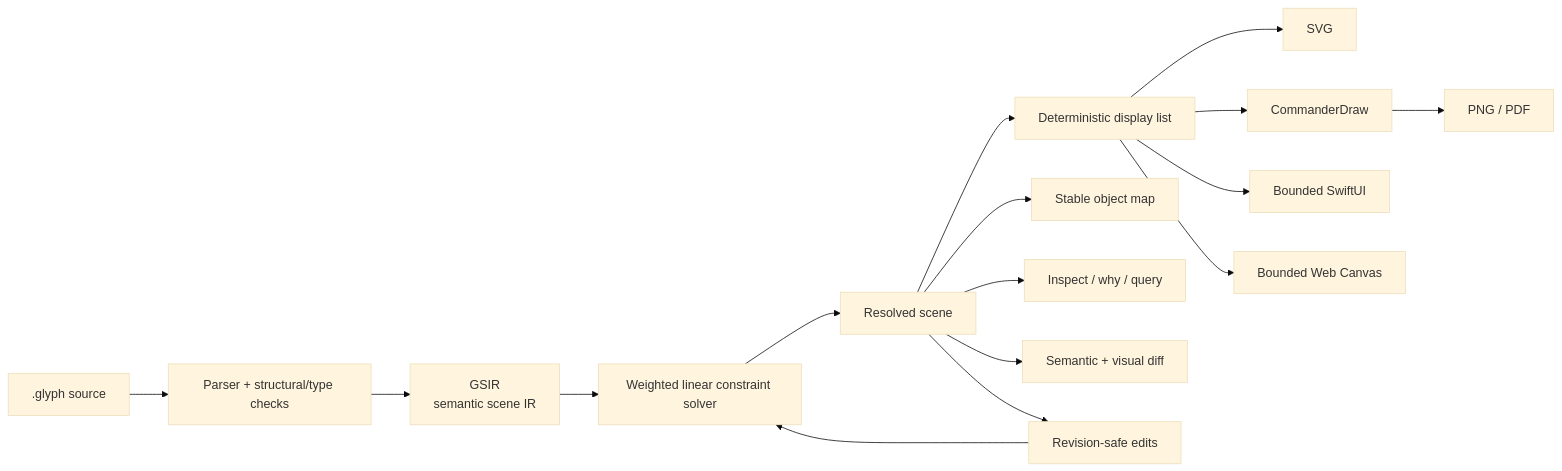
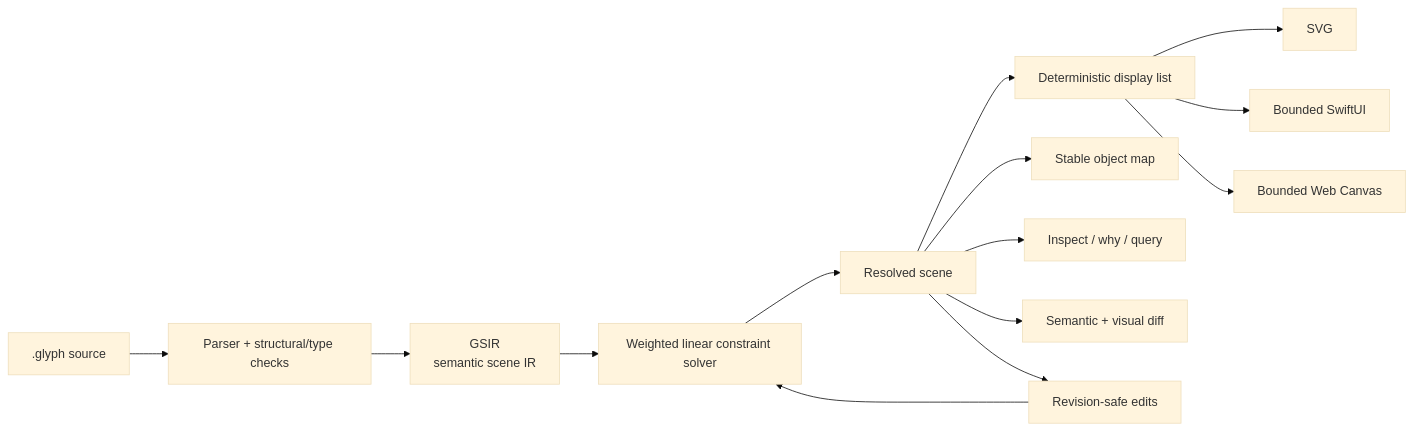
One commit to yashkhou/glyph changed the diagram in README.md. Above: the diagram before and after it, drawn with Mermaid (base theme). The commit also changed other lines of this file and 18 other files, not shown here.

Commit message:
Remove CommanderDraw backend from Glyph

````diff
--- a/README.md
+++ b/README.md
@@ -165,18 +165,16 @@
 ```mermaid
 flowchart LR
     A[.glyph source] --> B[Parser + structural/type checks]
     B --> C[GSIR\nsemantic scene IR]
     C --> D[Weighted linear constraint solver]
     D --> E[Resolved scene]
     E --> F[Deterministic display list]
     E --> G[Stable object map]
     F --> H[SVG]
-    F --> I[CommanderDraw]
-    I --> J[PNG / PDF]
     F --> K[Bounded SwiftUI]
     F --> L[Bounded Web Canvas]
     E --> M[Inspect / why / query]
     E --> N[Semantic + visual diff]
     E --> O[Revision-safe edits]
     O --> D
 ```
````
